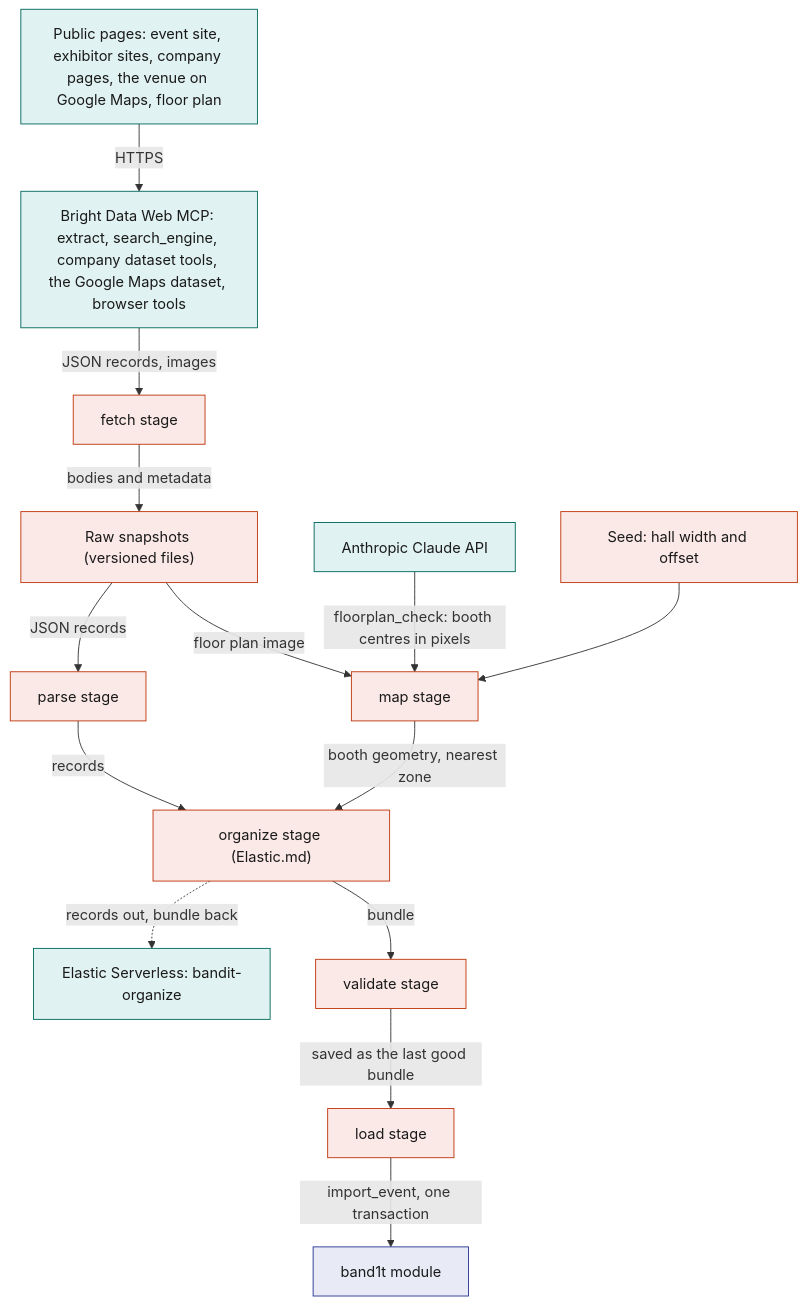
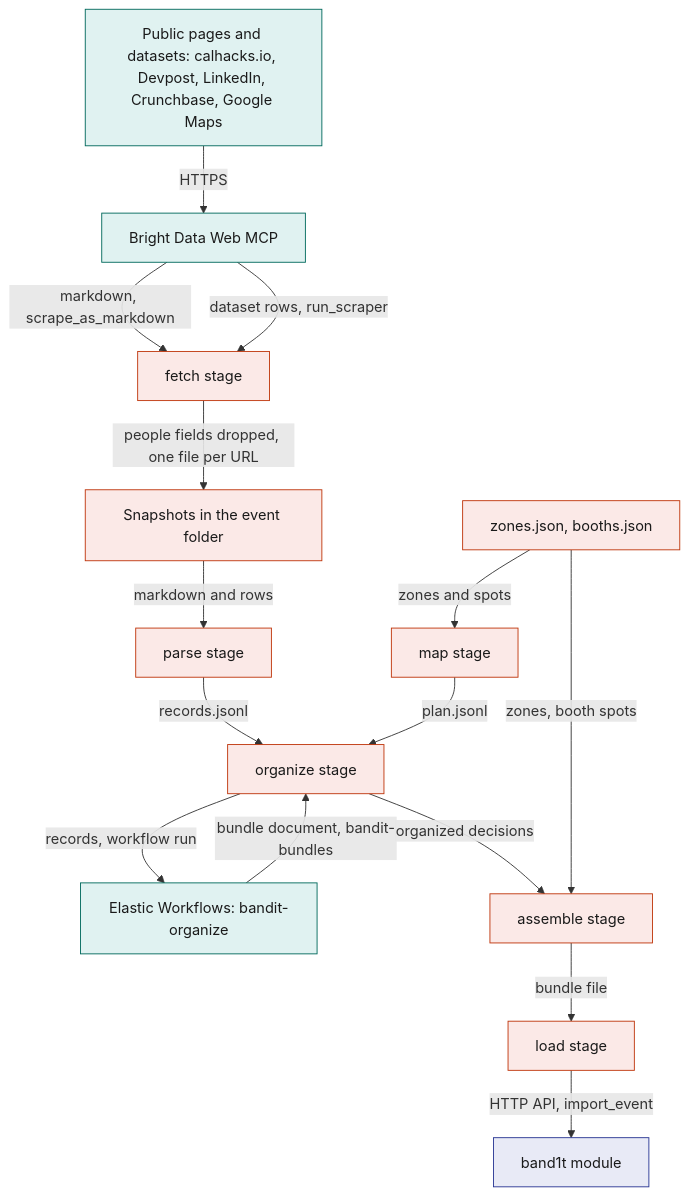
One commit to viktorinkov/cal-hacks-13 changed the first of 6 diagrams in System Design/7-integrations/Bright-Data.md. Above: the diagram before and after it, drawn with Mermaid. The commit also changed other lines of this file and 5 other files, not shown here.

````diff
--- a/System Design/7-integrations/Bright-Data.md
+++ b/System Design/7-integrations/Bright-Data.md
@@ -124,22 +122,23 @@
 ```mermaid
 flowchart TB
-  SRC["Public pages: event site, exhibitor sites, company pages, the venue on Google Maps, floor plan"] -->|"HTTPS"| BD["Bright Data Web MCP: extract, search_engine, company dataset tools, the Google Maps dataset, browser tools"]
-  BD -->|"JSON records, images"| F["fetch stage"]
-  F -->|"bodies and metadata"| SNAP["Raw snapshots (versioned files)"]
-  SNAP -->|"JSON records"| P["parse stage"]
-  SNAP -->|"floor plan image"| M["map stage"]
-  CL["Anthropic Claude API"] -->|"floorplan_check: booth centres in pixels"| M
-  SEED["Seed: hall width and offset"] --> M
-  P -->|"records"| O["organize stage (Elastic.md)"]
-  M -->|"booth geometry, nearest zone"| O
-  O -.->|"records out, bundle back"| ES["Elastic Serverless: bandit-organize"]
-  O -->|"bundle"| V["validate stage"]
-  V -->|"saved as the last good bundle"| L["load stage"]
-  L -->|"import_event, one transaction"| STDB["band1t module"]
+  SRC["Public pages and datasets: calhacks.io, Devpost, LinkedIn, Crunchbase, Google Maps"] -->|"HTTPS"| BD["Bright Data Web MCP"]
+  BD -->|"markdown, scrape_as_markdown"| F["fetch stage"]
+  BD -->|"dataset rows, run_scraper"| F
+  F -->|"people fields dropped, one file per URL"| SNAP["Snapshots in the event folder"]
+  SNAP -->|"markdown and rows"| P["parse stage"]
+  SEED["zones.json, booths.json"] -->|"zones and spots"| M["map stage"]
+  P -->|"records.jsonl"| O["organize stage"]
+  M -->|"plan.jsonl"| O
+  O -->|"records, workflow run"| ES["Elastic Workflows: bandit-organize"]
+  ES -->|"bundle document, bandit-bundles"| O
+  O -->|"organized decisions"| A["assemble stage"]
+  SEED -->|"zones, booth spots"| A
+  A -->|"bundle file"| L["load stage"]
+  L -->|"HTTP API, import_event"| STDB["band1t module"]
   classDef rust fill:#FBE9E7,stroke:#BF360C,color:#1A1A1A
   classDef stdb fill:#E8EAF6,stroke:#283593,color:#1A1A1A
   classDef ext fill:#E0F2F1,stroke:#00695C,color:#1A1A1A
-  class F,P,M,O,V,L,SNAP,SEED rust
+  class F,P,M,O,A,L,SNAP,SEED rust
   class STDB stdb
-  class SRC,BD,CL,ES ext
+  class SRC,BD,ES ext
 ```
````
